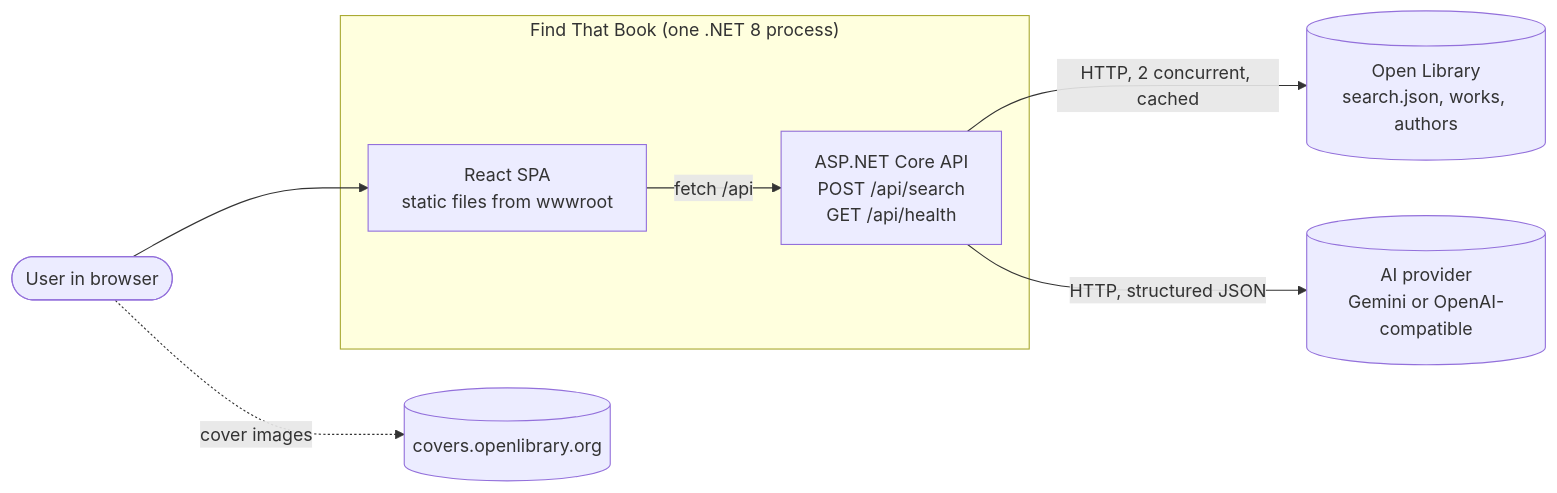
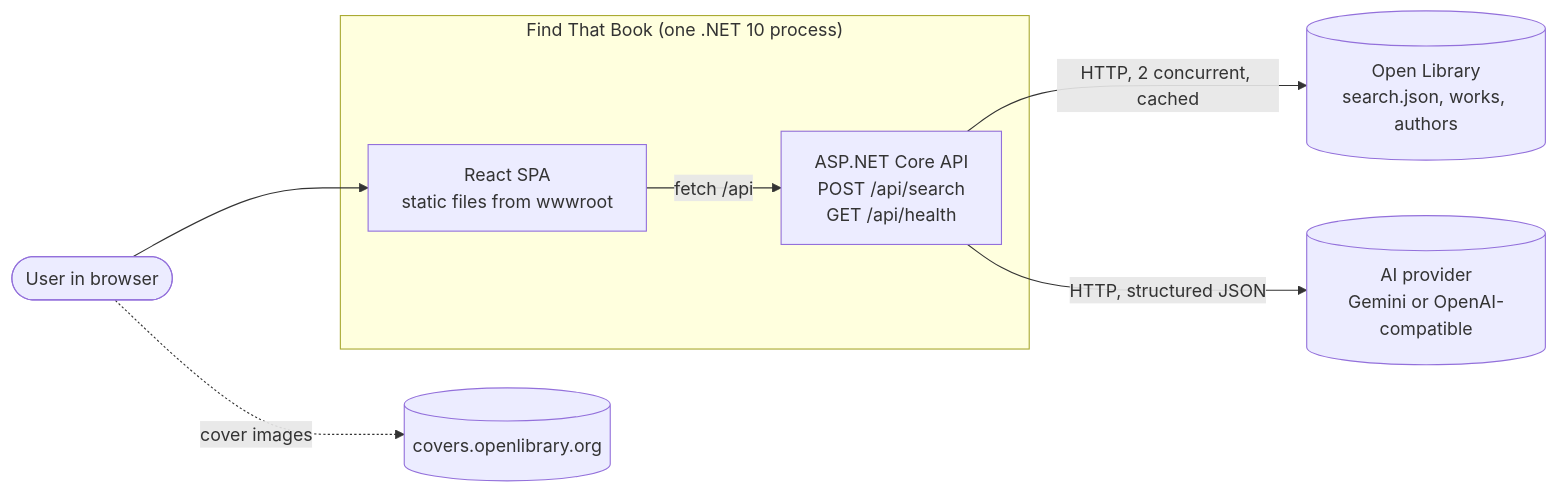
One commit to juan-alvarez-at-trip-arc/find-that-book changed the diagram in docs/architecture/01-system-context.md. Above: the diagram before and after it, drawn with Mermaid. The commit also changed 12 other files, not shown here.

````diff
--- a/docs/architecture/01-system-context.md
+++ b/docs/architecture/01-system-context.md
@@ -3,17 +3,17 @@
 ```mermaid
 flowchart LR
     user([User in browser])
-    subgraph app["Find That Book (one .NET 8 process)"]
+    subgraph app["Find That Book (one .NET 10 process)"]
         ui["React SPA<br/>static files from wwwroot"]
         api["ASP.NET Core API<br/>POST /api/search<br/>GET /api/health"]
     end
     ol[("Open Library<br/>search.json, works, authors")]
     covers[("covers.openlibrary.org")]
     ai[("AI provider<br/>Gemini or OpenAI-compatible")]
 
     user --> ui
     ui -- "fetch /api" --> api
     api -- "HTTP, 2 concurrent, cached" --> ol
     api -- "HTTP, structured JSON" --> ai
     user -. "cover images" .-> covers
 ```
````
